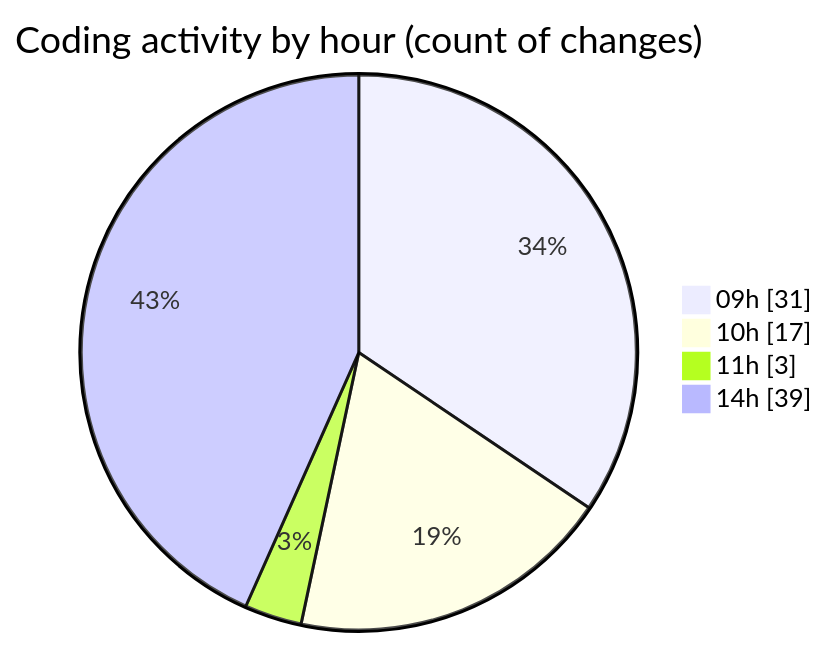
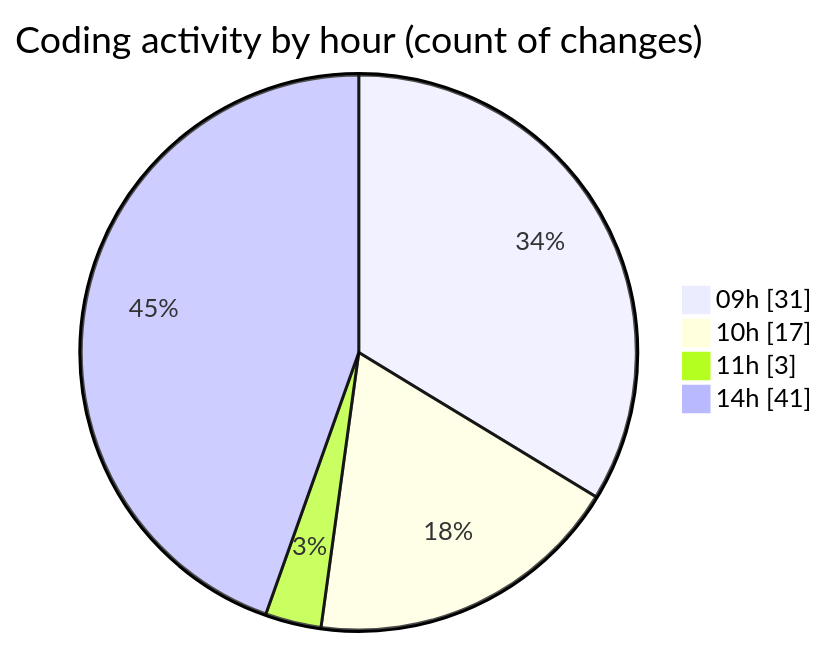
The second of 2 diagrams in 2025-03-05/termonied_testador/README.md (robertbonfada/code-tracking), drawn with Mermaid before and after one commit. The commit also changed other lines of this file and 1 other file, not shown here.

````diff
--- a/2025-03-05/termonied_testador/README.md
+++ b/2025-03-05/termonied_testador/README.md
@@ -41,8 +41,8 @@
 ```mermaid
 pie showData
 title Coding activity by hour (count of changes)
 "09h" : 31
 "10h" : 17
 "11h" : 3
-"14h" : 39
+"14h" : 41
 ```
````
